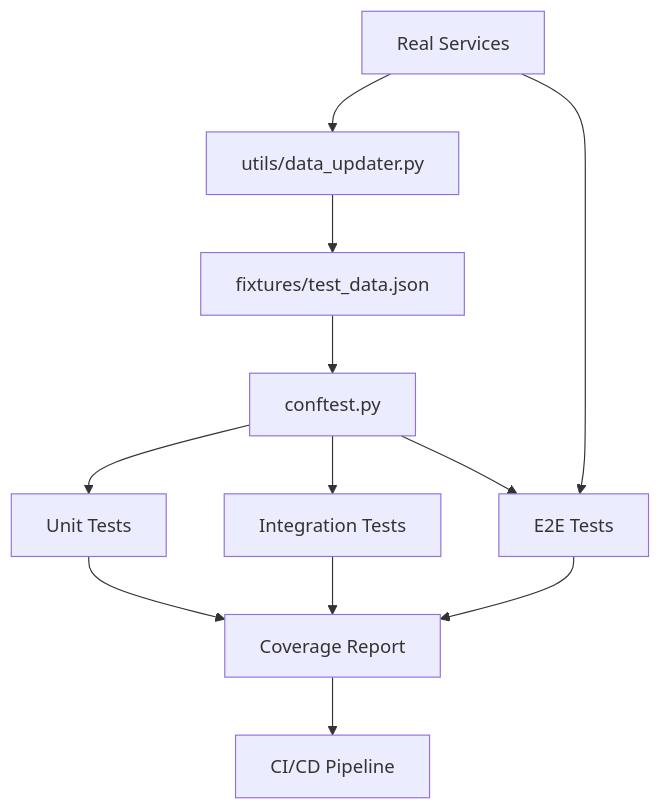
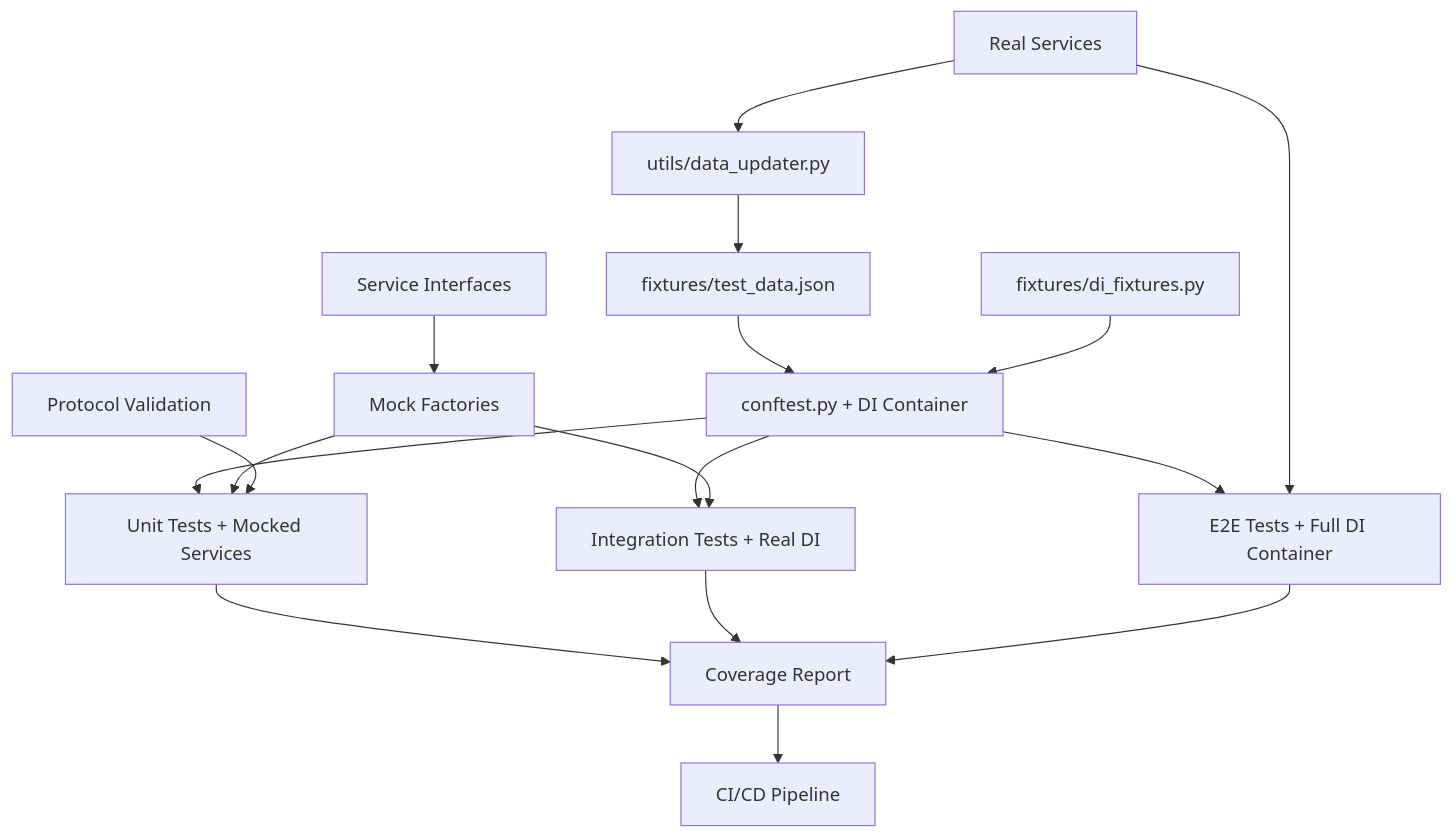
The diagram in docs/TESTING.md (iegorov553/price-gh-bot), drawn with Mermaid before and after one commit. The commit also changed other lines of this file and 2 other files, not shown here.

First line of the commit message:
Comprehensive documentation update: SOLID architecture and modern testing

````diff
--- a/docs/TESTING.md
+++ b/docs/TESTING.md
@@ -74,18 +102,25 @@
 ```mermaid
 graph TD
-    A[conftest.py] --> B[Unit Tests]
-    A --> C[Integration Tests]
-    A --> D[E2E Tests]
+    A[conftest.py + DI Container] --> B[Unit Tests + Mocked Services]
+    A --> C[Integration Tests + Real DI]
+    A --> D[E2E Tests + Full DI Container]
     
     E[fixtures/test_data.json] --> A
     F[utils/data_updater.py] --> E
+    G[fixtures/di_fixtures.py] --> A
     
-    G[Real Services] --> F
-    G --> D
+    H[Real Services] --> F
+    H --> D
     
-    B --> H[Coverage Report]
-    C --> H
-    D --> H
+    I[Mock Factories] --> B
+    I --> C
     
-    H --> I[CI/CD Pipeline]
+    B --> J[Coverage Report]
+    C --> J
+    D --> J
+    
+    J --> K[CI/CD Pipeline]
+    
+    L[Service Interfaces] --> I
+    M[Protocol Validation] --> B
 ```
````
